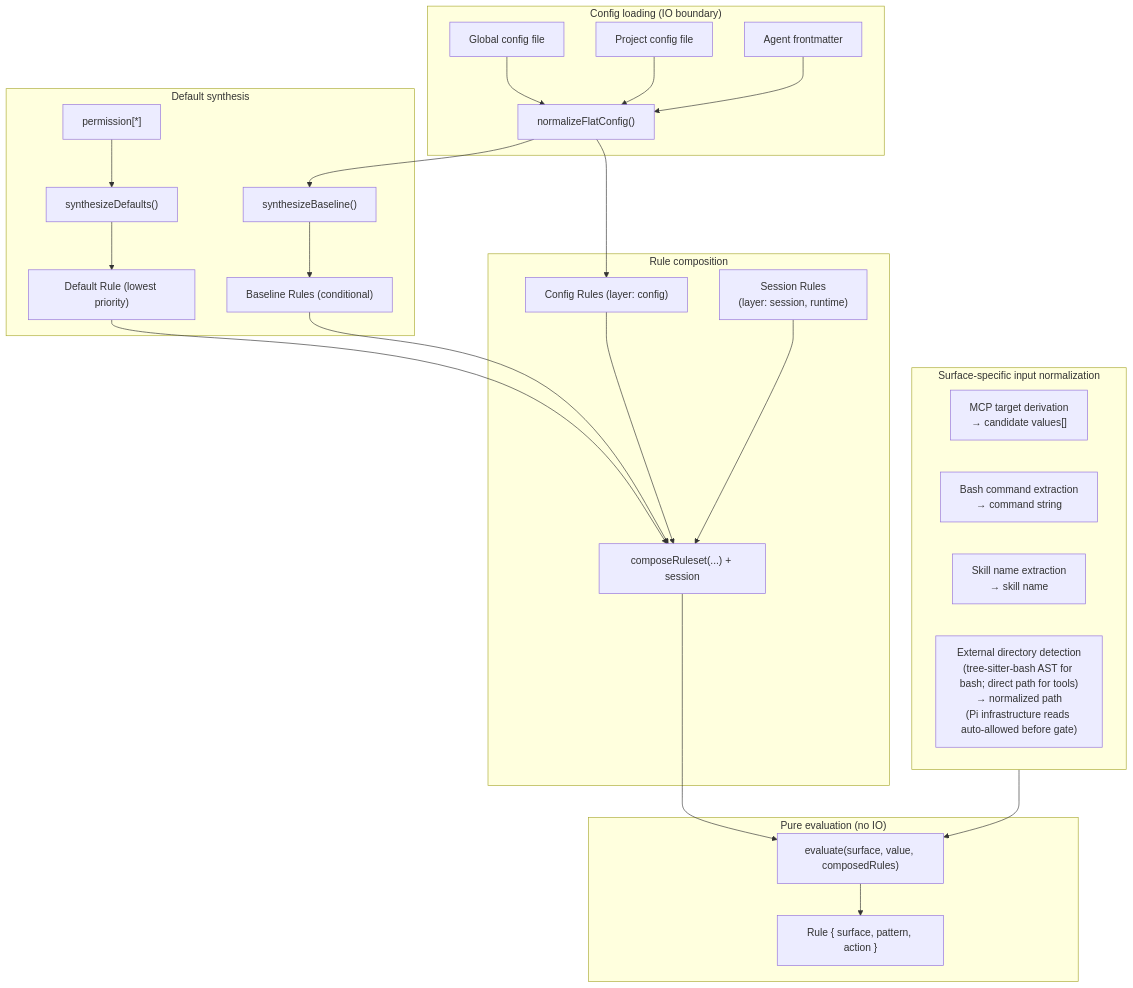
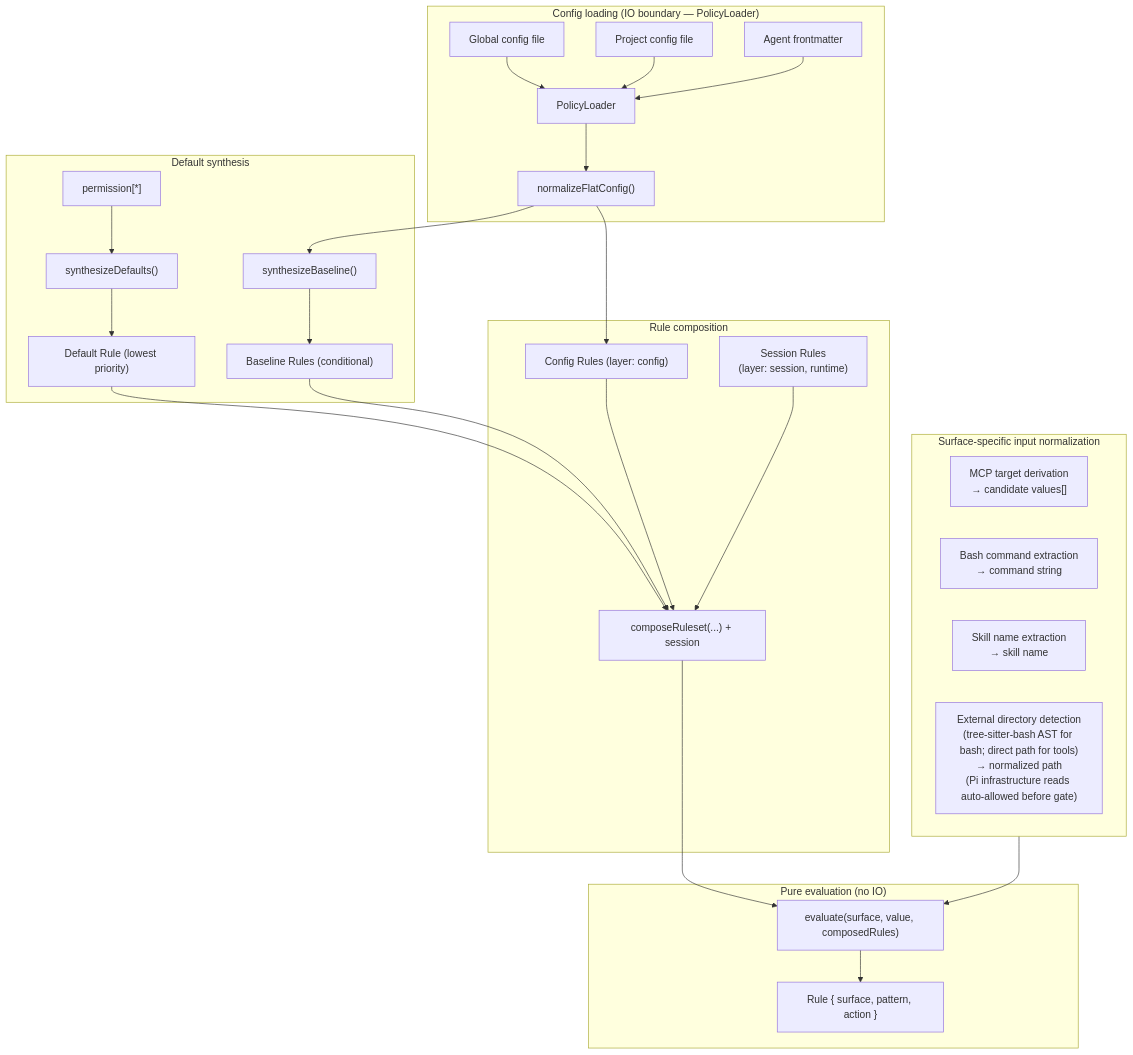
The first of 4 diagrams in docs/architecture/target-architecture.md (sycghj/pi-permission-system), drawn with Mermaid before and after one commit. The commit also changed other lines of this file and 1 other file, not shown here.

Commit message:
docs: add PolicyLoader to target architecture
Update the architecture diagram to show PolicyLoader as the I/O
boundary between config files and normalization. Add policy-loader.ts
to the module structure listing. Mark #108 as complete in the
refactoring sequence table.

Also remove unused ScopeConfig import from permission-manager.ts.

````diff
--- a/docs/architecture/target-architecture.md
+++ b/docs/architecture/target-architecture.md
@@ -167,42 +167,43 @@
 ```mermaid
 flowchart TD
-    subgraph Load["Config loading (IO boundary)"]
+    subgraph Load["Config loading (IO boundary — PolicyLoader)"]
         GF["Global config file"]
         PF["Project config file"]
         AF["Agent frontmatter"]
-        GF --> Norm["normalizeFlatConfig()"]
-        PF --> Norm
-        AF --> Norm
+        GF --> PL["PolicyLoader"]
+        PF --> PL
+        AF --> PL
+        PL --> Norm["normalizeFlatConfig()"]
     end
 
     subgraph Defaults["Default synthesis"]
         DP["permission[*]"] --> Synth["synthesizeDefaults()"]
         Synth --> DR["Default Rule (lowest priority)"]
         Norm --> BL["synthesizeBaseline()"]
         BL --> BR["Baseline Rules (conditional)"]
     end
 
     Norm --> CR["Config Rules (layer: config)"]
     SA["Session Rules<br/>(layer: session, runtime)"]
 
     subgraph Compose["Rule composition"]
         DR --> Concat["composeRuleset(...) + session"]
         BR --> Concat
         CR --> Concat
         SA --> Concat
     end
 
     subgraph Eval["Pure evaluation (no IO)"]
         Concat --> E["evaluate(surface, value, composedRules)"]
         E --> Decision["Rule { surface, pattern, action }"]
     end
 
     subgraph PreProcess["Surface-specific input normalization"]
         MCP["MCP target derivation<br/>→ candidate values[]"]
         Bash["Bash command extraction<br/>→ command string"]
         Skill["Skill name extraction<br/>→ skill name"]
         ExtDir["External directory detection<br/>(tree-sitter-bash AST for bash; direct path for tools)<br/>→ normalized path<br/>(Pi infrastructure reads auto-allowed before gate)"]
     end
 
     PreProcess --> E
 ```
````
